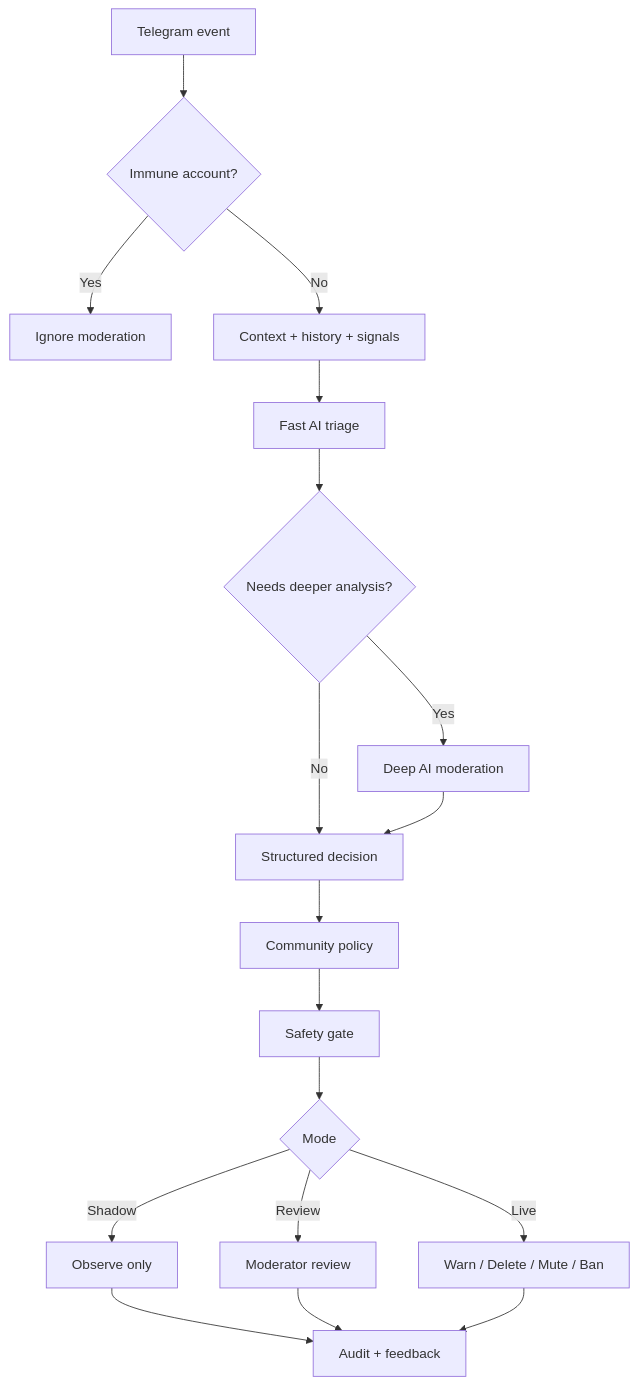
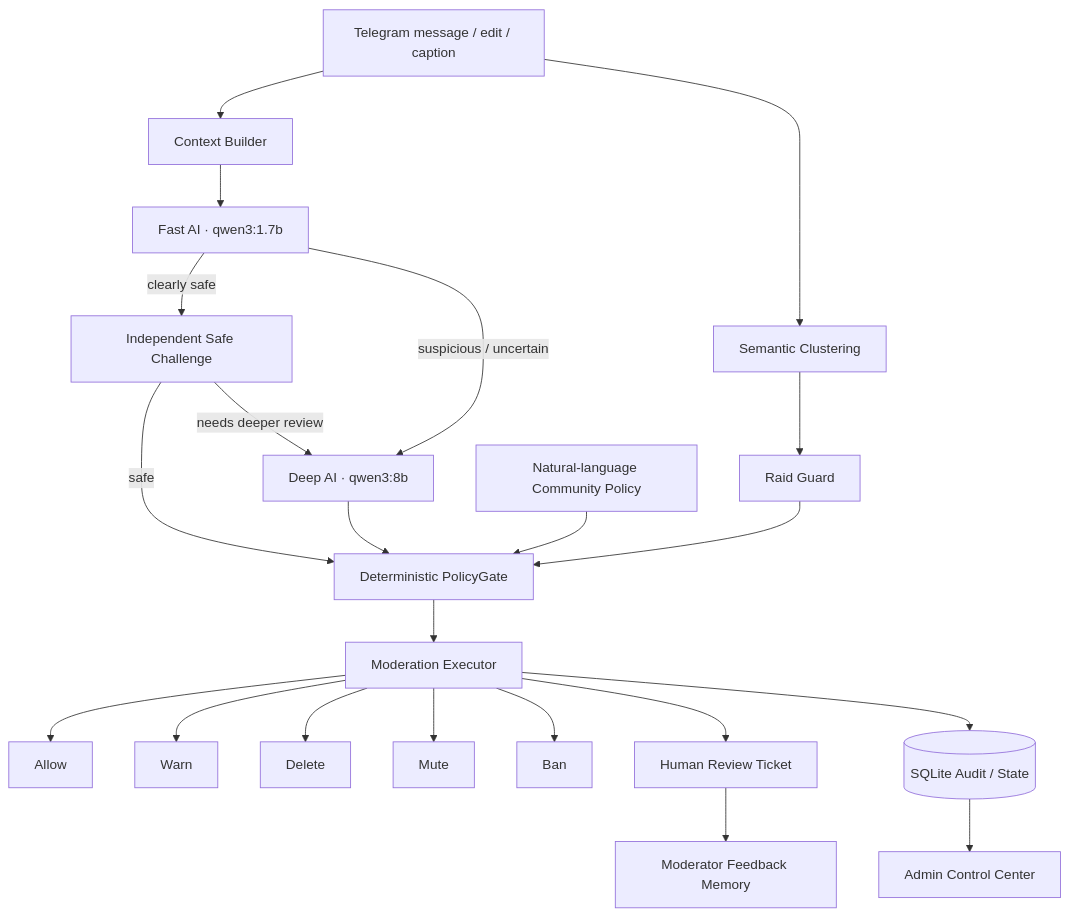
One commit to 0xkentoshi/modguard changed the diagram in README.md. Above: the diagram before and after it, drawn with Mermaid. The commit also changed other lines of this file, not shown here.

Commit message:
docs: update README for v1.2 safety release

````diff
--- a/README.md
+++ b/README.md
@@ -30,20 +171,29 @@
 ```mermaid
 flowchart TD
-    A[Telegram event] --> B{Immune account?}
-    B -- Yes --> Z[Ignore moderation]
-    B -- No --> C[Context + history + signals]
-    C --> D[Fast AI triage]
-    D --> E{Needs deeper analysis?}
-    E -- Yes --> F[Deep AI moderation]
-    E -- No --> G[Structured decision]
-    F --> G
-    G --> H[Community policy]
-    H --> I[Safety gate]
-    I --> J{Mode}
-    J -->|Shadow| K[Observe only]
-    J -->|Review| L[Moderator review]
-    J -->|Live| M[Warn / Delete / Mute / Ban]
-    K --> N[Audit + feedback]
-    L --> N
-    M --> N
+    TG[Telegram message / edit / caption] --> CTX[Context Builder]
+    CTX --> FAST[Fast AI · qwen3:1.7b]
+    FAST -->|clearly safe| CHALLENGE[Independent Safe Challenge]
+    FAST -->|suspicious / uncertain| DEEP[Deep AI · qwen3:8b]
+    CHALLENGE -->|safe| POLICY[Deterministic PolicyGate]
+    CHALLENGE -->|needs deeper review| DEEP
+    DEEP --> POLICY
+
+    POLICY --> EXEC[Moderation Executor]
+    EXEC --> ALLOW[Allow]
+    EXEC --> WARN[Warn]
+    EXEC --> DELETE[Delete]
+    EXEC --> MUTE[Mute]
+    EXEC --> BAN[Ban]
+    EXEC --> REVIEW[Human Review Ticket]
+
+    REVIEW --> FEEDBACK[Moderator Feedback Memory]
+
+    EXEC --> AUDIT[(SQLite Audit / State)]
+    AUDIT --> DASH[Admin Control Center]
+
+    TG --> SEM[Semantic Clustering]
+    SEM --> RAID[Raid Guard]
+    RAID --> POLICY
+
+    COMMUNITY[Natural-language Community Policy] --> POLICY
 ```
````
